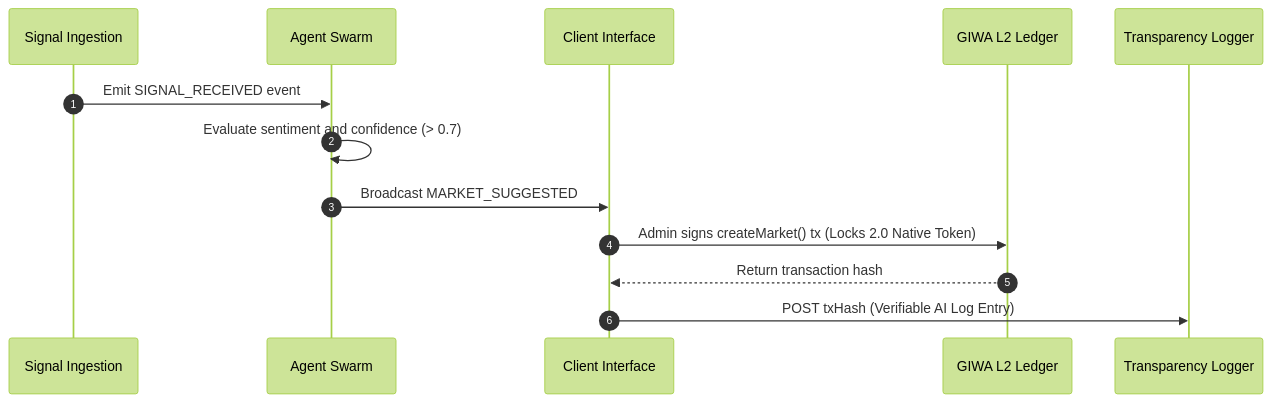
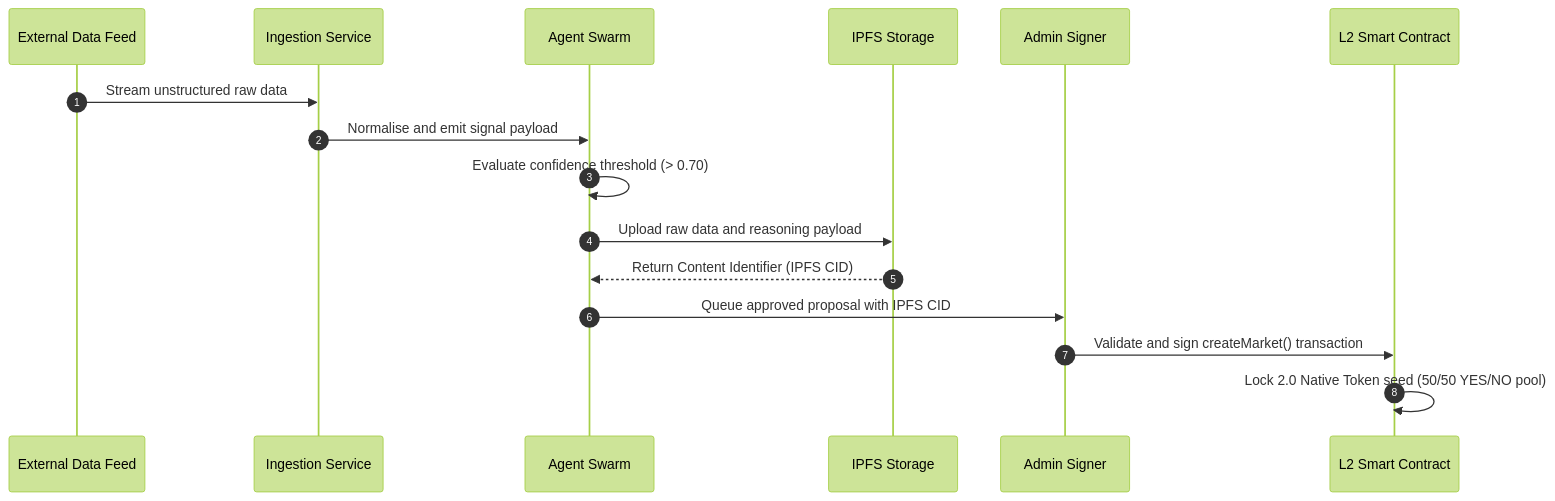
Before and after one commit to 0xaje/AiraMarKet: the first of 2 diagrams in ARCHITECTURE.md, drawn with Mermaid (forest theme). The commit also changed other lines of this file and 34 other files, not shown here.

Commit message:
feat(consensus): implement Multi-Agent Swarm Intelligence consensus rules

````diff
--- a/ARCHITECTURE.md
+++ b/ARCHITECTURE.md
@@ -47,16 +82,19 @@
 ```mermaid
 sequenceDiagram
-  autonumber
-  participant Signal as Signal Ingestion
-  participant Agent as Agent Swarm
-  participant UI as Client Interface
-  participant Ledger as GIWA L2 Ledger
-  participant Logger as Transparency Logger
+    autonumber
+    participant Feed as External Data Feed
+    participant Ingest as Ingestion Service
+    participant Swarm as Agent Swarm
+    participant IPFS as IPFS Storage
+    participant Admin as Admin Signer
+    participant Contract as L2 Smart Contract
 
-  Signal->>Agent: Emit SIGNAL_RECEIVED event
-  Agent->>Agent: Evaluate sentiment and confidence (> 0.7)
-  Agent->>UI: Broadcast MARKET_SUGGESTED
-  UI->>Ledger: Admin signs createMarket() tx (Locks 2.0 Native Token)
-  Ledger-->>UI: Return transaction hash
-  UI->>Logger: POST txHash (Verifiable AI Log Entry)
+    Feed->>Ingest: Stream unstructured raw data
+    Ingest->>Swarm: Normalise and emit signal payload
+    Swarm->>Swarm: Evaluate confidence threshold (> 0.70)
+    Swarm->>IPFS: Upload raw data and reasoning payload
+    IPFS-->>Swarm: Return Content Identifier (IPFS CID)
+    Swarm->>Admin: Queue approved proposal with IPFS CID
+    Admin->>Contract: Validate and sign createMarket() transaction
+    Contract->>Contract: Lock 2.0 Native Token seed (50/50 YES/NO pool)
 ```
````
